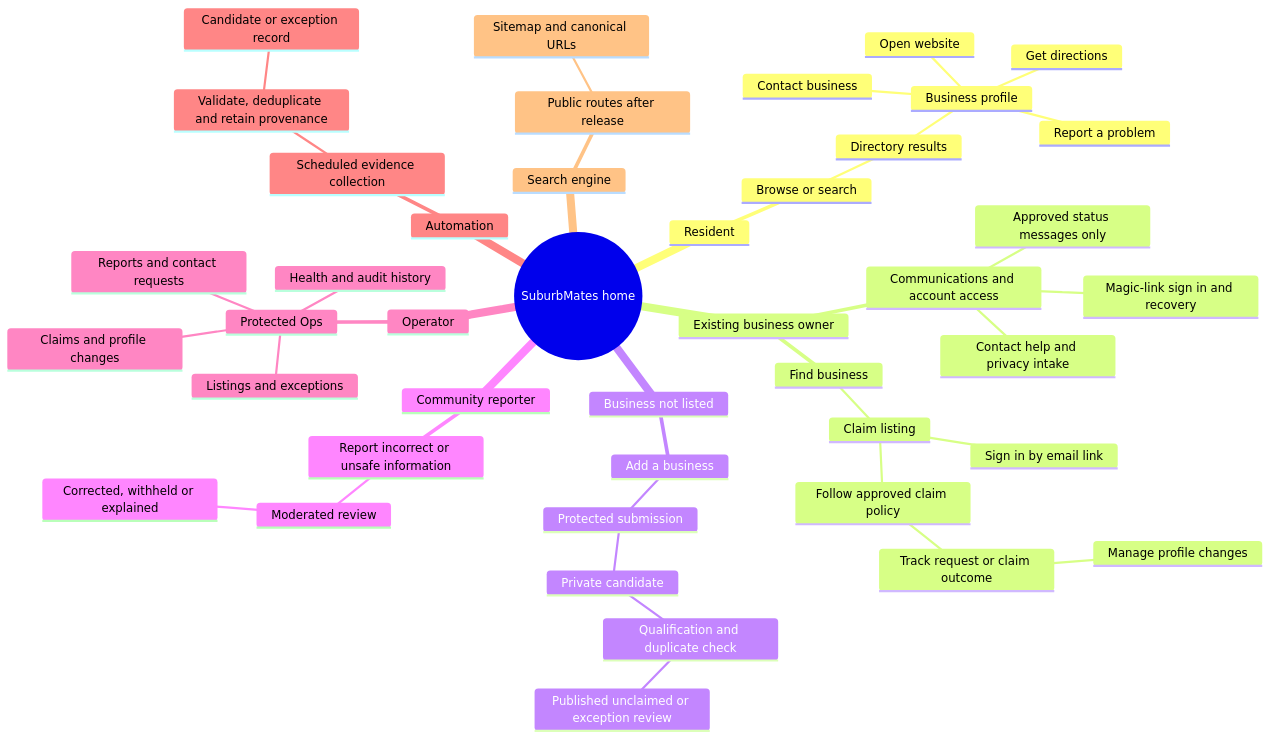
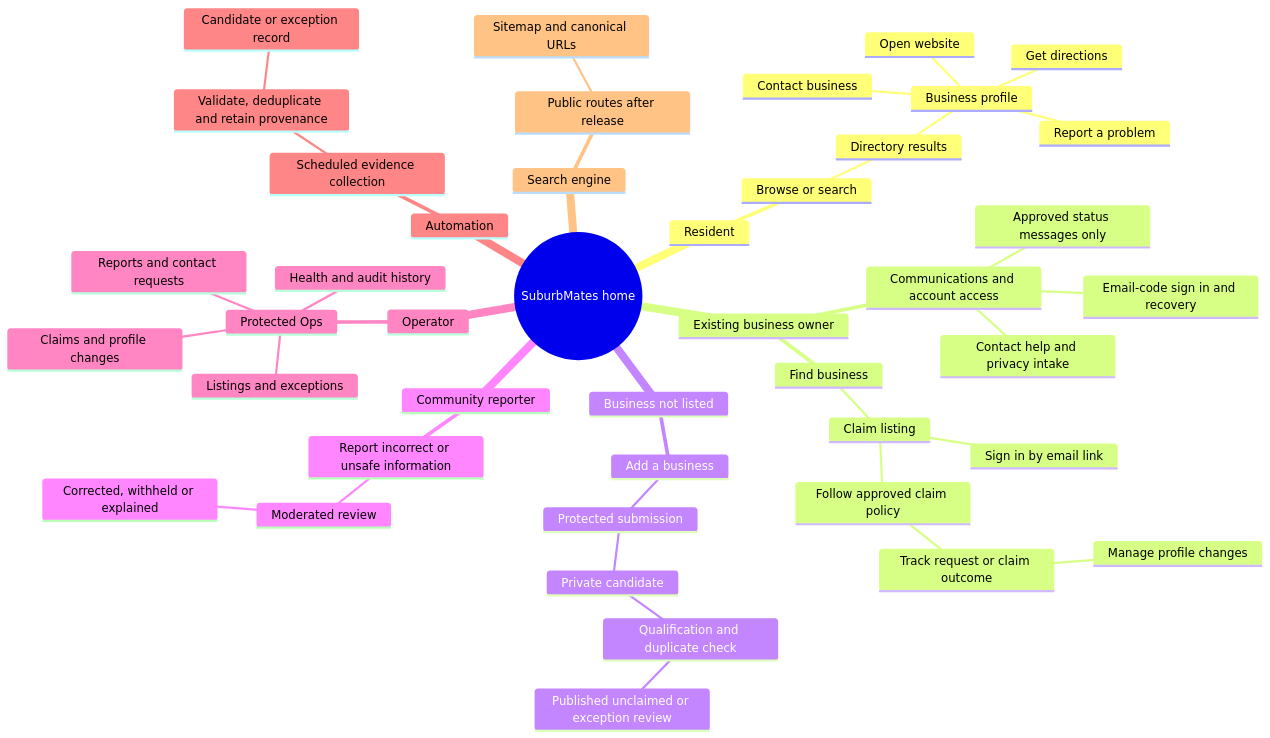
One commit to carlsuburbmates/suburbmates changed the diagram in docs/REFERENCE/SuburbMates — Complete User Journey Map.md. Above: the diagram before and after it, drawn with Mermaid. The commit also changed other lines of this file and 9 other files, not shown here.

Commit message:
Use email codes for cross-device sign-in

````diff
--- a/docs/REFERENCE/SuburbMates — Complete User Journey Map.md
+++ b/docs/REFERENCE/SuburbMates — Complete User Journey Map.md
@@ -23,46 +23,46 @@
 ```mermaid
 mindmap
   root((SuburbMates home))
     Resident
       Browse or search
         Directory results
           Business profile
             Contact business
             Open website
             Get directions
             Report a problem
     Existing business owner
       Find business
         Claim listing
           Sign in by email link
           Follow approved claim policy
             Track request or claim outcome
               Manage profile changes
       Communications and account access
-        Magic-link sign in and recovery
+        Email-code sign in and recovery
         Approved status messages only
         Contact help and privacy intake
     Business not listed
       Add a business
         Protected submission
           Private candidate
             Qualification and duplicate check
               Published unclaimed or exception review
     Community reporter
       Report incorrect or unsafe information
         Moderated review
           Corrected, withheld or explained
     Operator
       Protected Ops
         Listings and exceptions
         Claims and profile changes
         Reports and contact requests
         Health and audit history
     Automation
       Scheduled evidence collection
         Validate, deduplicate and retain provenance
           Candidate or exception record
     Search engine
       Public routes after release
         Sitemap and canonical URLs
 ```
````
